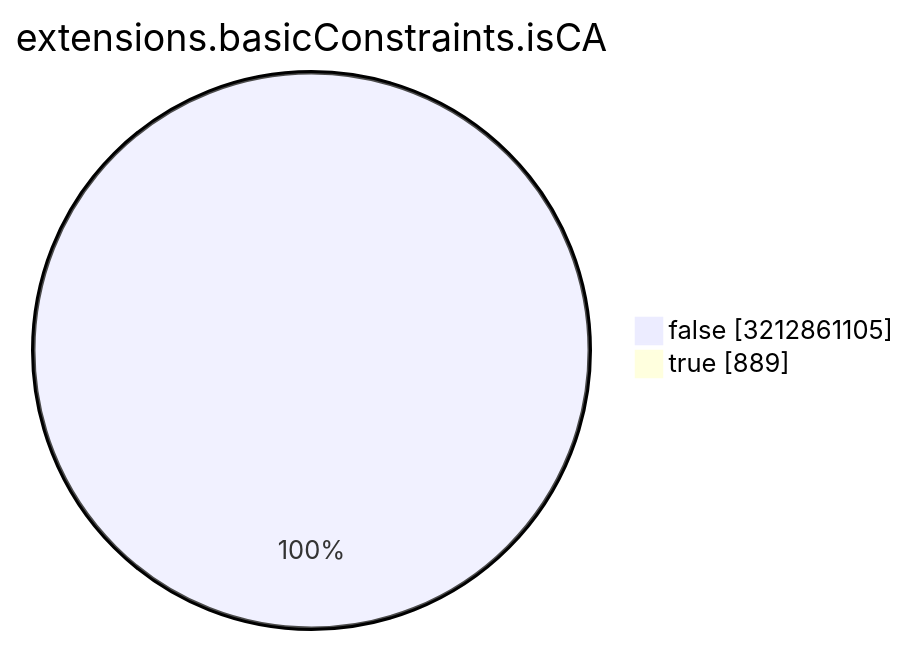
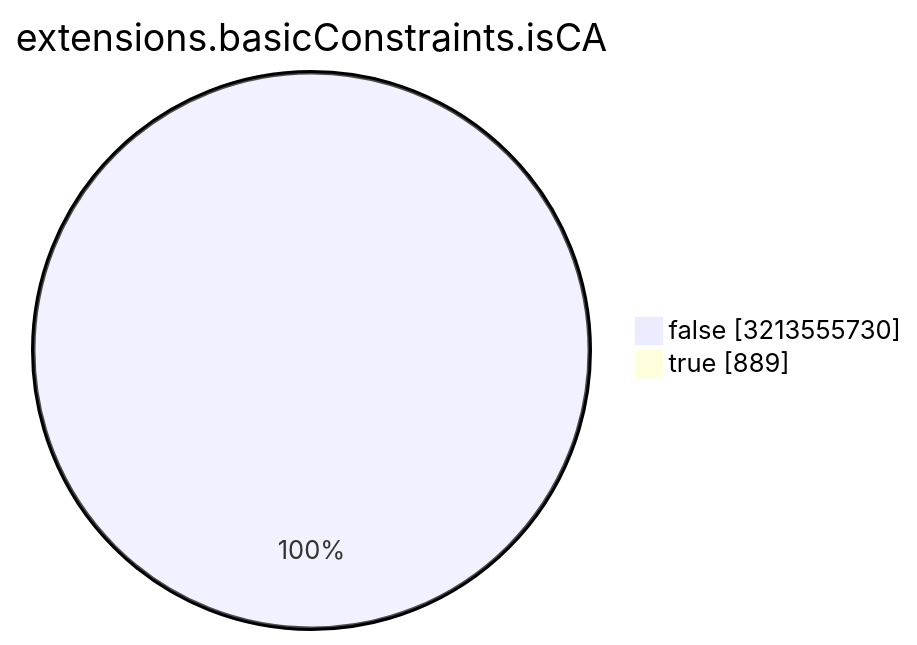
The seventh of 15 diagrams in TOTAL/README.md (christiankrug/ctmonitor_visualization), drawn with Mermaid before and after one commit. The commit also changed other lines of this file, not shown here.

````diff
--- a/TOTAL/README.md
+++ b/TOTAL/README.md
@@ -3088,6 +3088,6 @@
 ```mermaid
 pie showData
 title extensions.basicConstraints.isCA
-"false" :3212861105
+"false" :3213555730
 "true" :889
 ```
````
